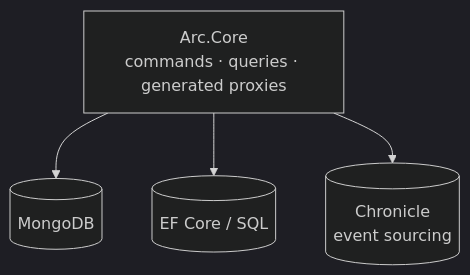
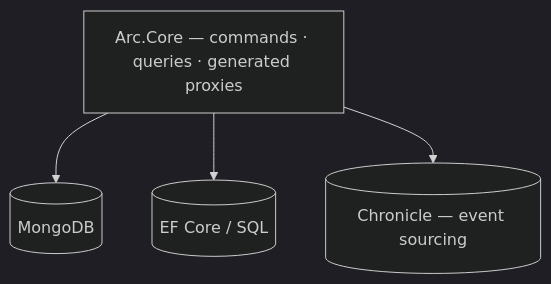
Before and after one commit to Cratis/Arc: the diagram in Documentation/arc-without-event-sourcing.md, drawn with Mermaid (dark theme). The commit also changed other lines of this file and 16 other files, not shown here.

````diff
--- a/Documentation/arc-without-event-sourcing.md
+++ b/Documentation/arc-without-event-sourcing.md
@@ -14,7 +14,7 @@
 ```mermaid
 flowchart TB
-    Core["Arc.Core<br/>commands · queries · generated proxies"]
+    Core["Arc.Core — commands · queries · generated proxies"]
     Core --> Mongo[("MongoDB")]
     Core --> EF[("EF Core / SQL")]
-    Core --> Chr[("Chronicle<br/>event sourcing")]
+    Core --> Chr[("Chronicle — event sourcing")]
 ```
````
